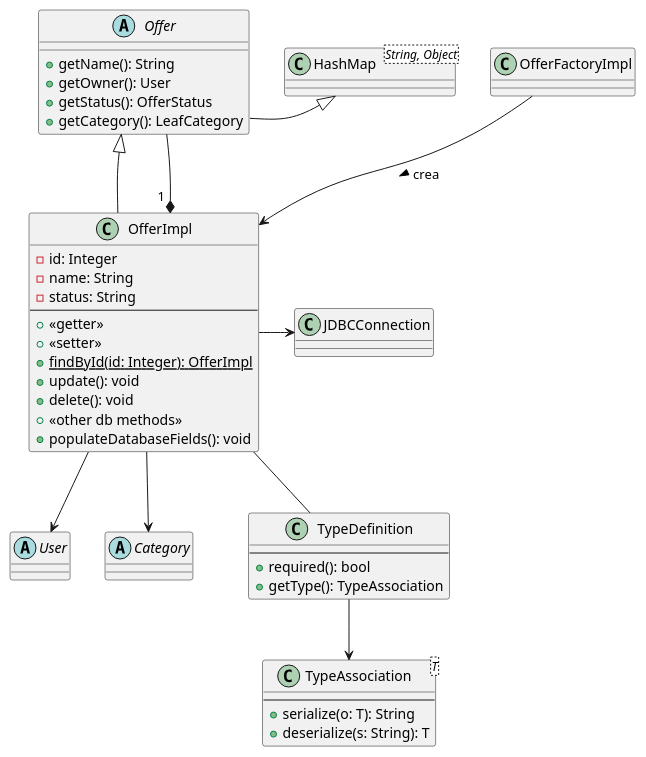
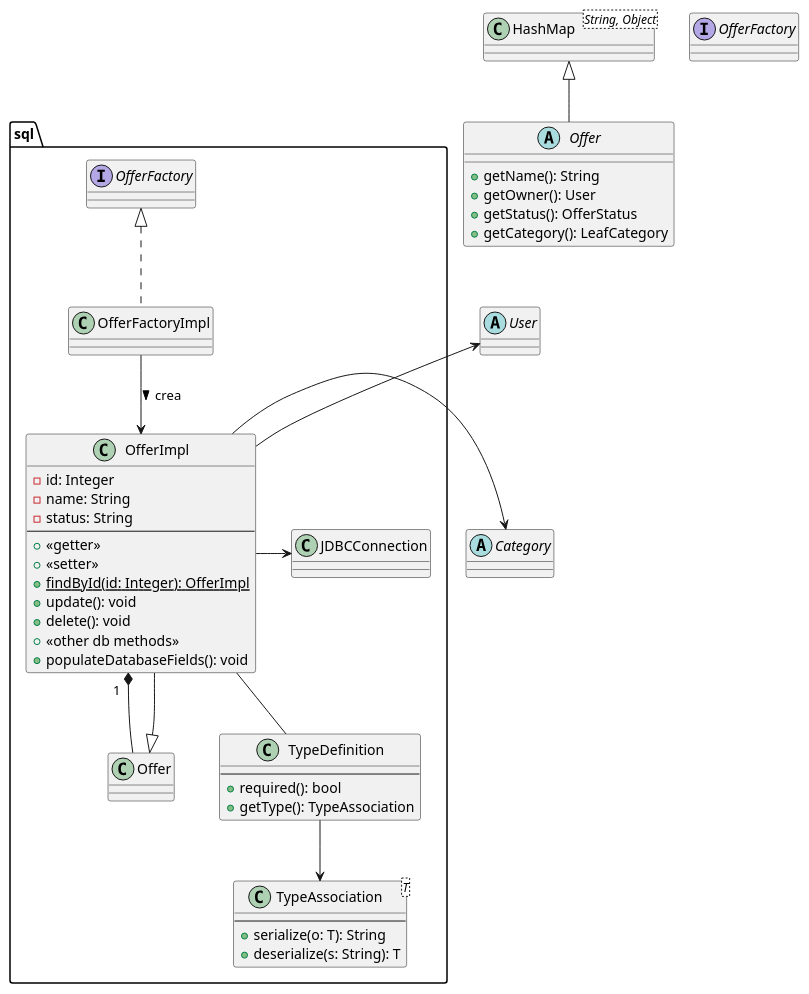
The diagram in presentazione/uml/grasp.pf.pre.puml (Matlice/ing_sw_2022), drawn with PlantUML before and after one commit. The commit also changed 9 other files, not shown here.

```diff
--- a/presentazione/uml/grasp.pf.pre.puml
+++ b/presentazione/uml/grasp.pf.pre.puml
@@ -1,59 +1,67 @@
 @startuml
 
 'skinparam Linetype ortho
 
 class HashMap<String, Object>{}
 
 abstract class Offer extends HashMap{
     + getName(): String
     + getOwner(): User
     + getStatus(): OfferStatus
     + getCategory(): LeafCategory
 }
 
-class OfferImpl extends Offer{
-    - id: Integer
-    - name: String
-    - status: String
---
-    + <<getter>>
-    + <<setter>>
-    + {static} findById(id: Integer): OfferImpl
-    + update(): void
-    + delete(): void
-    + <<other db methods>>
-    + populateDatabaseFields(): void
+abstract class User{}
+abstract class Category{}
+
+interface OfferFactory{
 }
 
-abstract class User{}
-abstract class Category{}
-class JDBCConnection{}
-class TypeDefinition{
+package sql{
+    class OfferImpl extends Offer{
+        - id: Integer
+        - name: String
+        - status: String
     --
-    + required(): bool
-    + getType(): TypeAssociation
+        + <<getter>>
+        + <<setter>>
+        + {static} findById(id: Integer): OfferImpl
+        + update(): void
+        + delete(): void
+        + <<other db methods>>
+        + populateDatabaseFields(): void
+    }
+
+    class JDBCConnection{}
+    class TypeDefinition{
+        --
+        + required(): bool
+        + getType(): TypeAssociation
+    }
+
+    class TypeAssociation<T>{
+        --
+        + serialize(o: T): String
+        + deserialize(s: String): T
+    }
+
+    class OfferFactoryImpl implements OfferFactory{
+    }
+
+    JDBCConnection -[hidden]down- TypeDefinition
+
+    OfferImpl -left-> User
+    OfferImpl -left-> Category
+    OfferImpl "1  " *-- Offer
+    OfferImpl -right-> JDBCConnection
+    OfferImpl -right- TypeDefinition
+
+    TypeDefinition --> TypeAssociation
+    OfferFactoryImpl --> OfferImpl: crea >
 }
 
-class TypeAssociation<T>{
-    --
-    + serialize(o: T): String
-    + deserialize(s: String): T
-}
+Offer -[hidden]down- User
+User -[hidden]down- Category
 
-class OfferFactoryImpl{
-}
-
-HashMap -[hidden]left- Offer
-Offer -[hidden]down- OfferImpl
-JDBCConnection -[hidden]down- TypeDefinition
-
-OfferImpl -down-> User
-OfferImpl -down-> Category
-OfferImpl "1  " *-- Offer
-OfferImpl -right-> JDBCConnection
-OfferImpl -right- TypeDefinition
-
-TypeDefinition --> TypeAssociation
-OfferFactoryImpl --> OfferImpl: crea >
 
 @enduml
```
